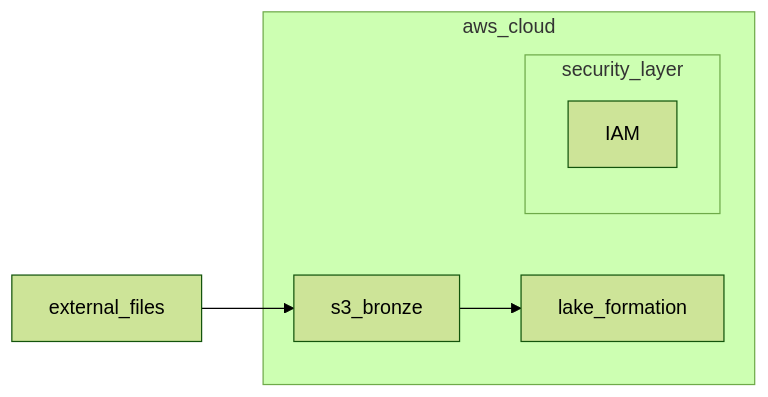
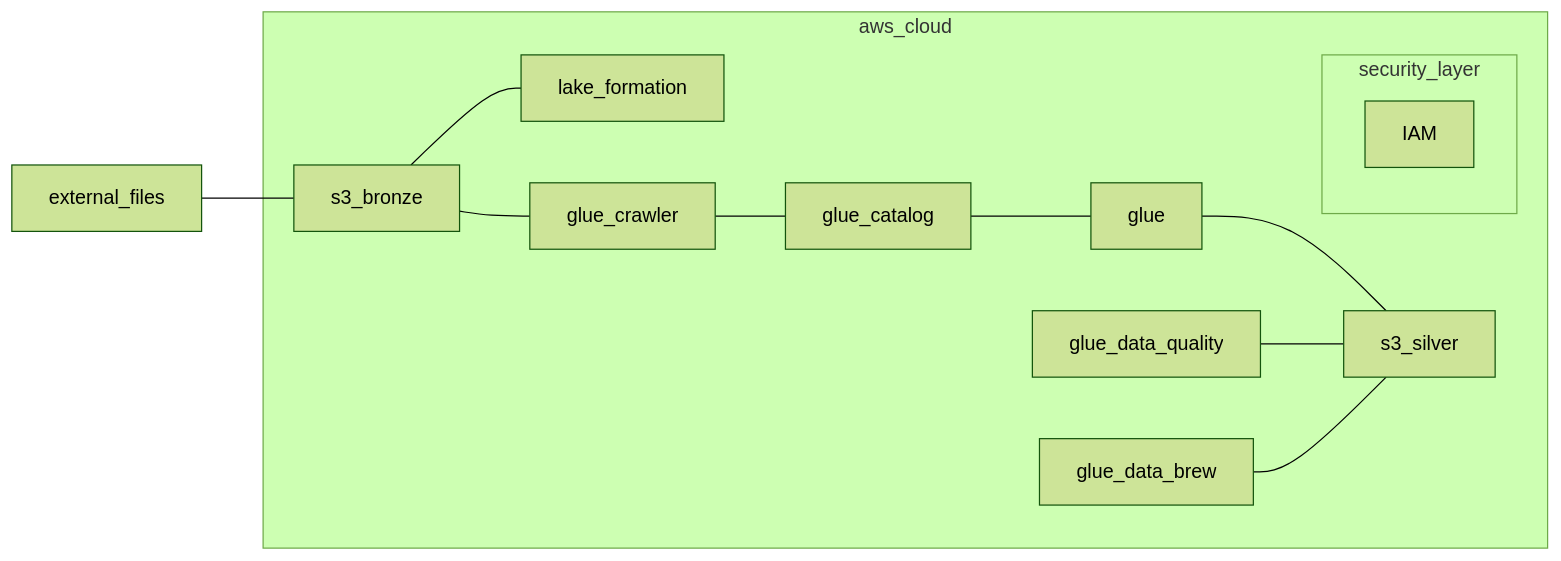
One commit to pmusachio/aws_data_lake changed the second of 2 diagrams in README.md. Above: the diagram before and after it, drawn with Mermaid (forest theme). The commit also changed other lines of this file, not shown here.

Commit message:
architecture update

````diff
--- a/README.md
+++ b/README.md
@@ -91,11 +91,17 @@
 ```mermaid
 flowchart LR
   subgraph aws_cloud
-    s3_bronze --> lake_formation
+    s3_bronze --- lake_formation
+    s3_bronze --- glue_crawler
+    glue_crawler --- glue_catalog
+    glue_catalog --- glue
+    glue --- s3_silver
+    glue_data_quality --- s3_silver
+    glue_data_brew --- s3_silver
     subgraph security_layer
         direction BT
         IAM
     end
   end
-  external_files --> s3_bronze
+  external_files --- s3_bronze
 ```
````
